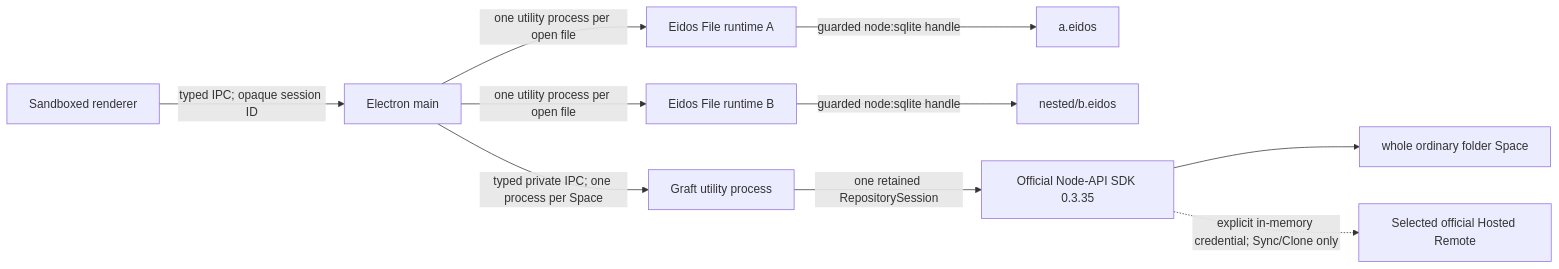
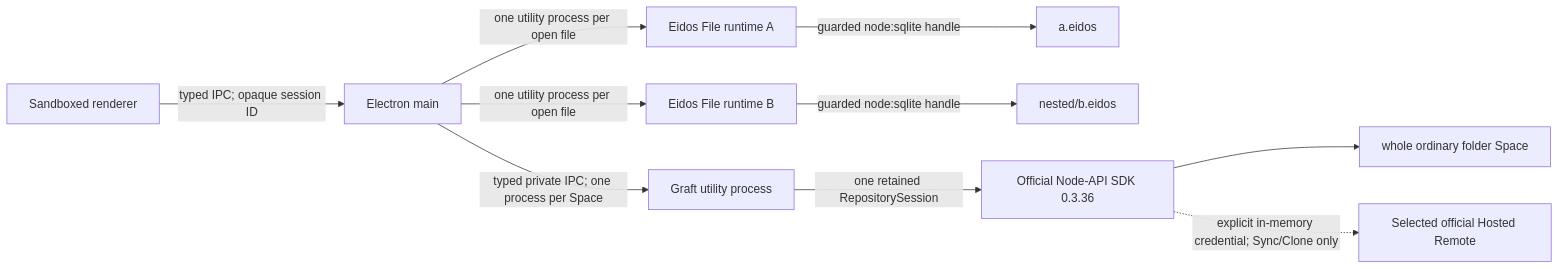
One commit to mayneyao/eidos changed the first of 3 diagrams in apps/eidos-lite-desktop/docs/ARCHITECTURE.md. Above: the diagram before and after it, drawn with Mermaid. The commit also changed other lines of this file and 11 other files, not shown here.

````diff
--- a/apps/eidos-lite-desktop/docs/ARCHITECTURE.md
+++ b/apps/eidos-lite-desktop/docs/ARCHITECTURE.md
@@ -94,12 +94,12 @@
 ```mermaid
 flowchart LR
   R["Sandboxed renderer"] -->|"typed IPC; opaque session ID"| M["Electron main"]
   M -->|"one utility process per open file"| F1["Eidos File runtime A"]
   M -->|"one utility process per open file"| F2["Eidos File runtime B"]
   F1 -->|"guarded node:sqlite handle"| E1["a.eidos"]
   F2 -->|"guarded node:sqlite handle"| E2["nested/b.eidos"]
   M -->|"typed private IPC; one process per Space"| G["Graft utility process"]
-  G -->|"one retained RepositorySession"| N["Official Node-API SDK 0.3.35"]
+  G -->|"one retained RepositorySession"| N["Official Node-API SDK 0.3.36"]
   N --> S["whole ordinary folder Space"]
   N -. "explicit in-memory credential; Sync/Clone only" .-> H["Selected official Hosted Remote"]
 ```
````
